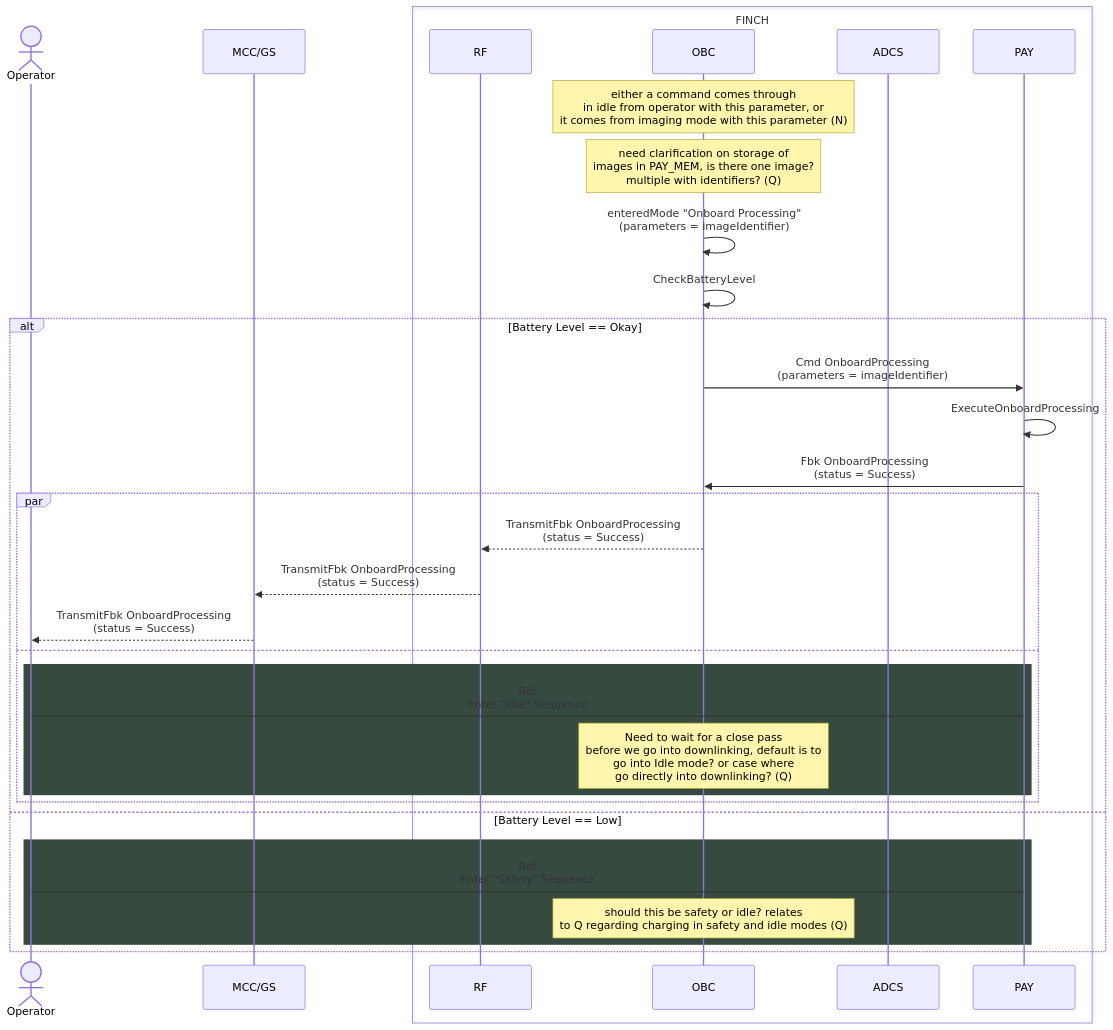
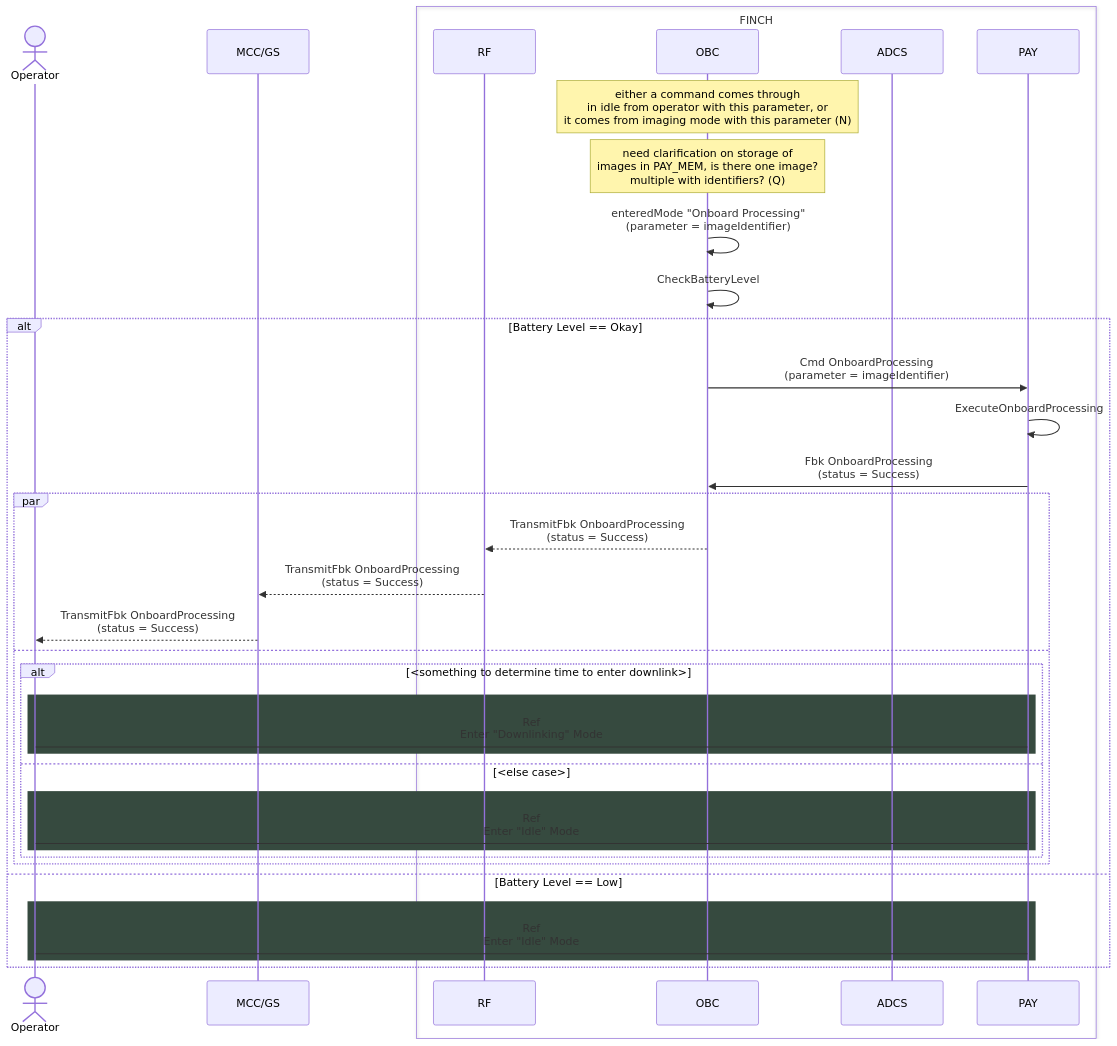
Before and after one commit to Addy-lit/FINCH-system-architecture: the diagram in command sequences/onboard-processing-command.md, drawn with Mermaid.

````diff
--- a/command sequences/onboard-processing-command.md
+++ b/command sequences/onboard-processing-command.md
@@ -2,39 +2,43 @@
 ```mermaid
 
 sequenceDiagram
     Actor Operator
     participant MCC/GS
     box FINCH
         participant RF
         participant OBC
         participant ADCS
         participant PAY
     end
 
 	note over OBC: either a command comes through <br> in idle from operator with this parameter, or <br> it comes from imaging mode with this parameter (N)
 	note over OBC: need clarification on storage of <br> images in PAY_MEM, is there one image? <br> multiple with identifiers? (Q)
-	OBC ->> OBC: enteredMode "Onboard Processing" <br> (parameters = imageIdentifier)
+	OBC ->> OBC: enteredMode "Onboard Processing" <br> (parameter = imageIdentifier)
 
     OBC ->> OBC: CheckBatteryLevel
     alt Battery Level == Okay
-        OBC ->> PAY: Cmd OnboardProcessing <br> (parameters = imageIdentifier)
+        OBC ->> PAY: Cmd OnboardProcessing <br> (parameter = imageIdentifier)
         PAY ->> PAY: ExecuteOnboardProcessing
         PAY ->> OBC: Fbk OnboardProcessing <br> (status = Success)
       
         par
             OBC -->> RF: TransmitFbk OnboardProcessing <br> (status = Success)
             RF -->> MCC/GS: TransmitFbk OnboardProcessing <br> (status = Success)
             MCC/GS -->> Operator: TransmitFbk OnboardProcessing <br> (status = Success)
         and
-            rect rgb(54,74,63)
-      	        Operator -> PAY: Ref <br/> Enter "Idle" Sequence
-                note over OBC: Need to wait for a close pass <br> before we go into downlinking, default is to <br> go into Idle mode? or case where <br> go directly into downlinking? (Q)
-            end
+			alt <something to determine time to enter downlink>
+            	rect rgb(54,74,63)
+      	        	Operator -> PAY: Ref <br/> Enter "Downlinking" Mode
+            	end
+			else <else case>
+	      		rect rgb(54,74,63)
+      	        	Operator -> PAY: Ref <br/> Enter "Idle" Mode
+            	end
+			end
         end
     else Battery Level ==  Low
         rect rgb(54,74,63)
-	        Operator -> PAY: Ref <br/> Enter "Safety" Sequence
-            note over OBC: should this be safety or idle? relates <br> to Q regarding charging in safety and idle modes (Q)
+	        Operator -> PAY: Ref <br/> Enter "Idle" Mode
         end
     end
 ```
````
